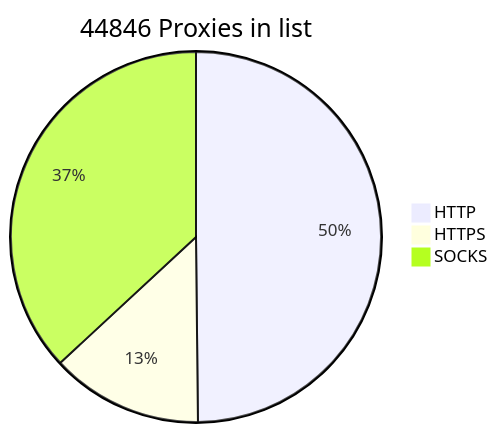
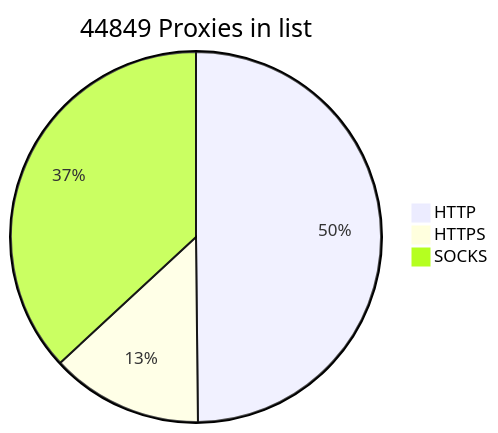
One commit to BlackSnowDot/proxylist-update-every-minute changed the diagram in README.md. Above: the diagram before and after it, drawn with Mermaid.

````diff
--- a/README.md
+++ b/README.md
@@ -2,6 +2,6 @@
 ```mermaid
-pie title 44846 Proxies in list
-    "HTTP" : 24911
-    "HTTPS": 6633
+pie title 44849 Proxies in list
+    "HTTP" : 24913
+    "HTTPS": 6634
     "SOCKS" : 18447
 ```
````
